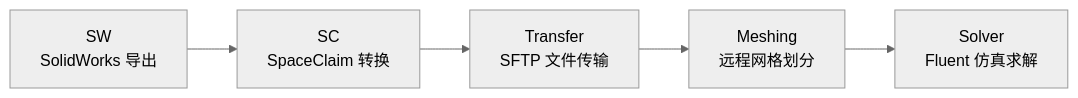
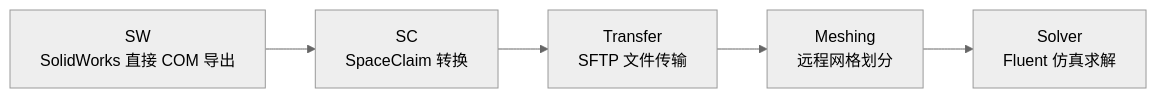
One commit to Hab1nA/AutoFluidSimulation changed the second of 2 diagrams in README.md. Above: the diagram before and after it, drawn with Mermaid (neutral theme). The commit also changed other lines of this file and 12 other files, not shown here.

````diff
--- a/README.md
+++ b/README.md
@@ -107,7 +125,7 @@
 ```mermaid
 graph LR
-    A[SW<br/>SolidWorks 导出] --> B[SC<br/>SpaceClaim 转换]
+    A[SW<br/>SolidWorks 直接 COM 导出] --> B[SC<br/>SpaceClaim 转换]
     B --> C[Transfer<br/>SFTP 文件传输]
     C --> D[Meshing<br/>远程网格划分]
     D --> E[Solver<br/>Fluent 仿真求解]
 ```
````
